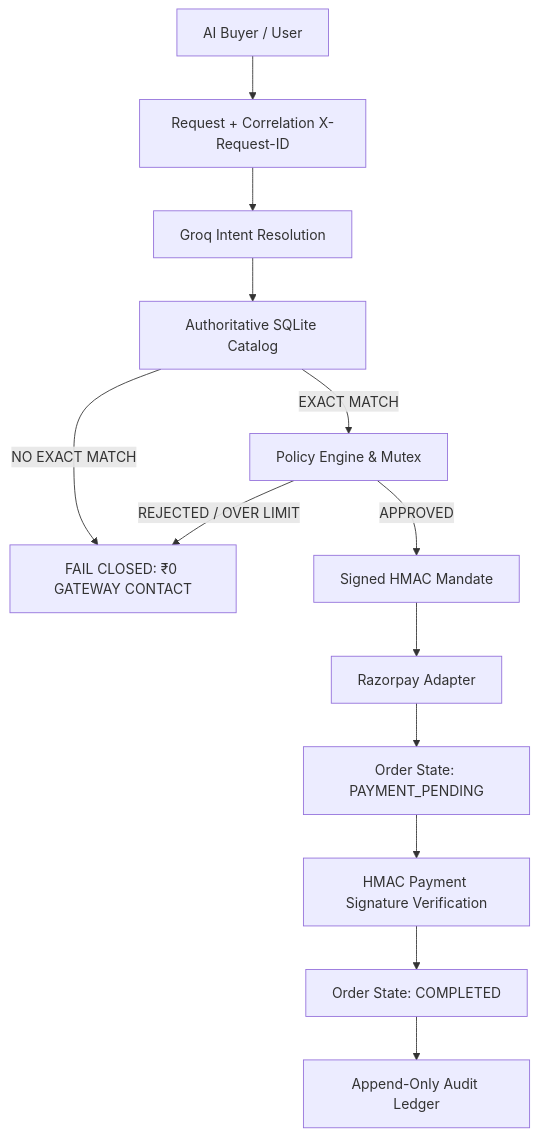
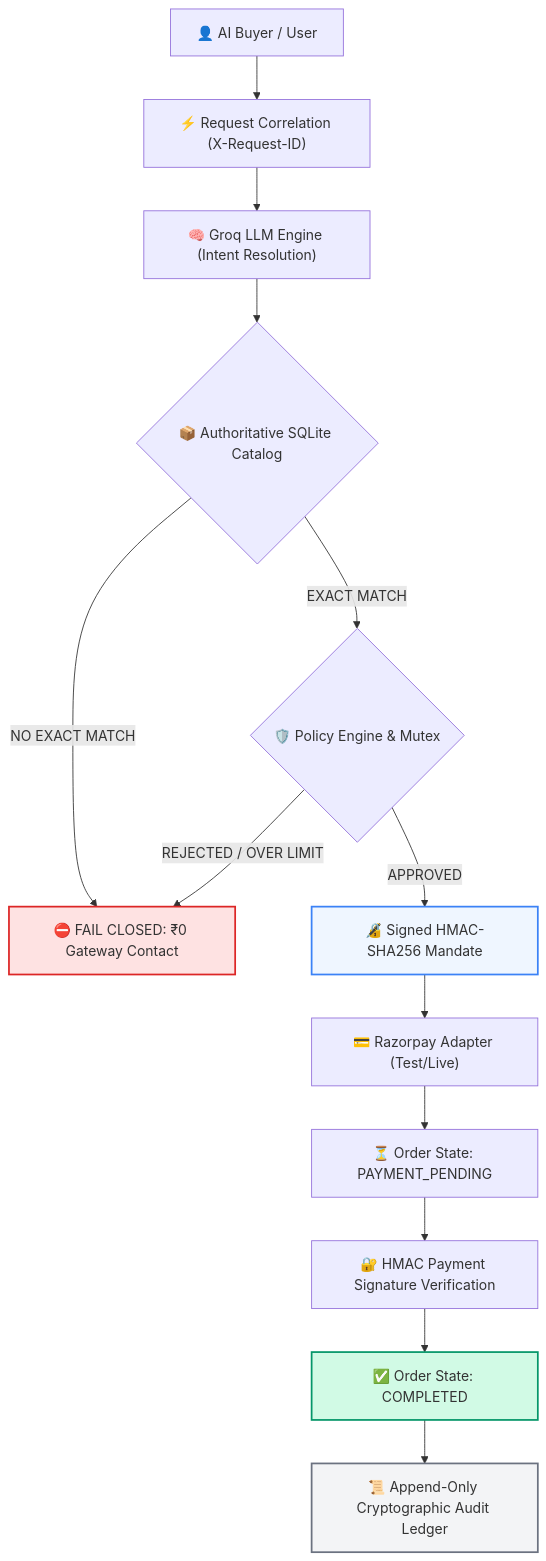
Before and after one commit to alifosaur/Threshold: the third of 6 diagrams in README.md, drawn with Mermaid. The commit also changed other lines of this file, not shown here.

Commit message:
docs: convert typed text diagrams to rendered Mermaid flowcharts

````diff
--- a/README.md
+++ b/README.md
@@ -117,19 +93,24 @@
 ```mermaid
 flowchart TD
-    A[AI Buyer / User] --> B[Request + Correlation X-Request-ID]
-    B --> C[Groq Intent Resolution]
-    C --> D[Authoritative SQLite Catalog]
+    A["👤 AI Buyer / User"] --> B["⚡ Request Correlation (X-Request-ID)"]
+    B --> C["🧠 Groq LLM Engine (Intent Resolution)"]
+    C --> D{"📦 Authoritative SQLite Catalog"}
 
-    D -->|NO EXACT MATCH| X[FAIL CLOSED: ₹0 GATEWAY CONTACT]
-    D -->|EXACT MATCH| E[Policy Engine & Mutex]
+    D -->|NO EXACT MATCH| X["⛔ FAIL CLOSED: ₹0 Gateway Contact"]
+    D -->|EXACT MATCH| E{"🛡️ Policy Engine & Mutex"}
 
     E -->|REJECTED / OVER LIMIT| X
-    E -->|APPROVED| F[Signed HMAC Mandate]
+    E -->|APPROVED| F["🔏 Signed HMAC-SHA256 Mandate"]
 
-    F --> G[Razorpay Adapter]
-    G --> H[Order State: PAYMENT_PENDING]
-    H --> I[HMAC Payment Signature Verification]
-    I --> J[Order State: COMPLETED]
+    F --> G["💳 Razorpay Adapter (Test/Live)"]
+    G --> H["⏳ Order State: PAYMENT_PENDING"]
+    H --> I["🔐 HMAC Payment Signature Verification"]
+    I --> J["✅ Order State: COMPLETED"]
 
-    J --> K[Append-Only Audit Ledger]
+    J --> K["📜 Append-Only Cryptographic Audit Ledger"]
+
+    style X fill:#FEE2E2,stroke:#DC2626,stroke-width:2px;
+    style F fill:#EFF6FF,stroke:#3B82F6,stroke-width:2px;
+    style J fill:#D1FAE5,stroke:#059669,stroke-width:2px;
+    style K fill:#F3F4F6,stroke:#6B7280,stroke-width:2px;
 ```
````
